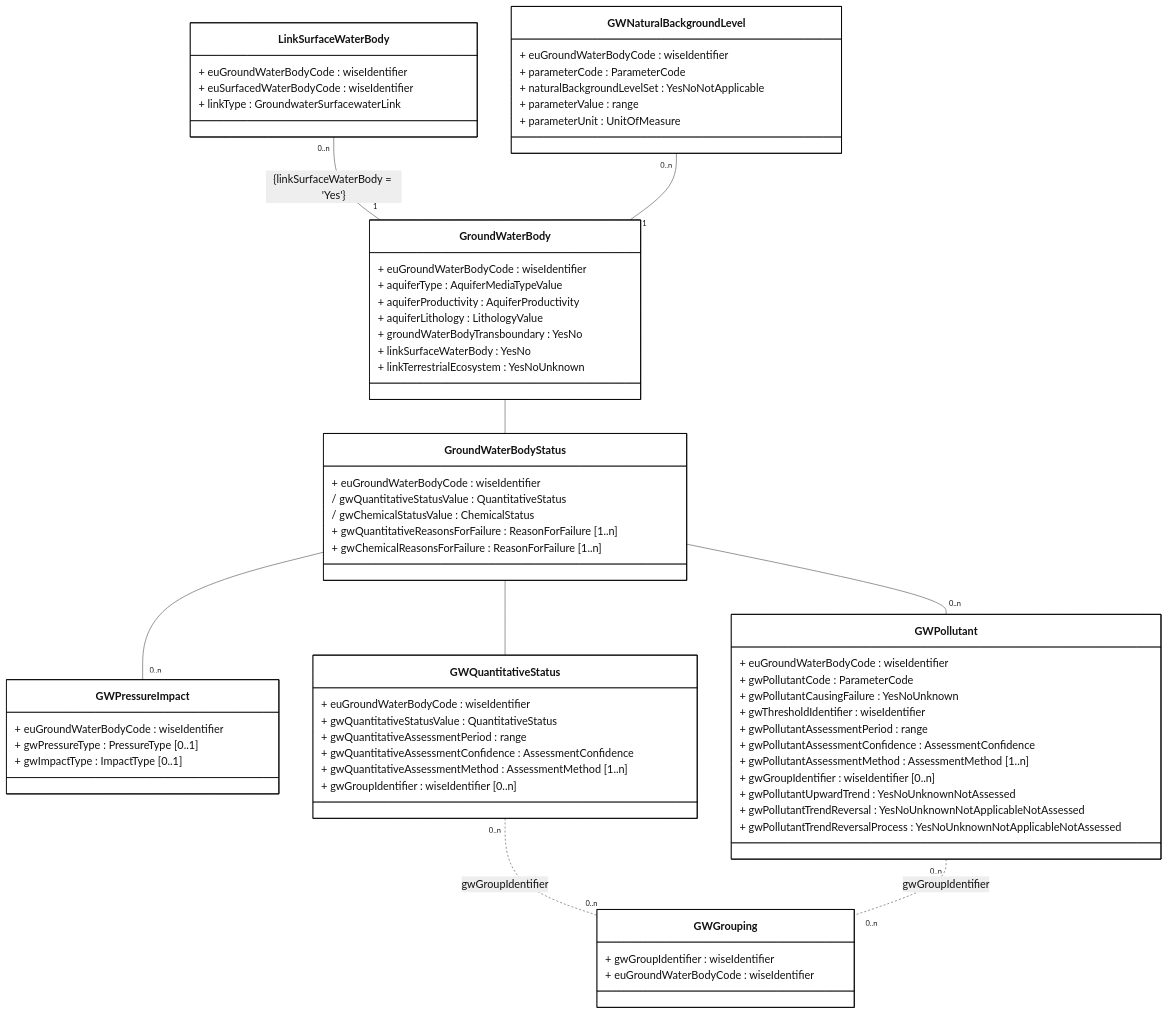
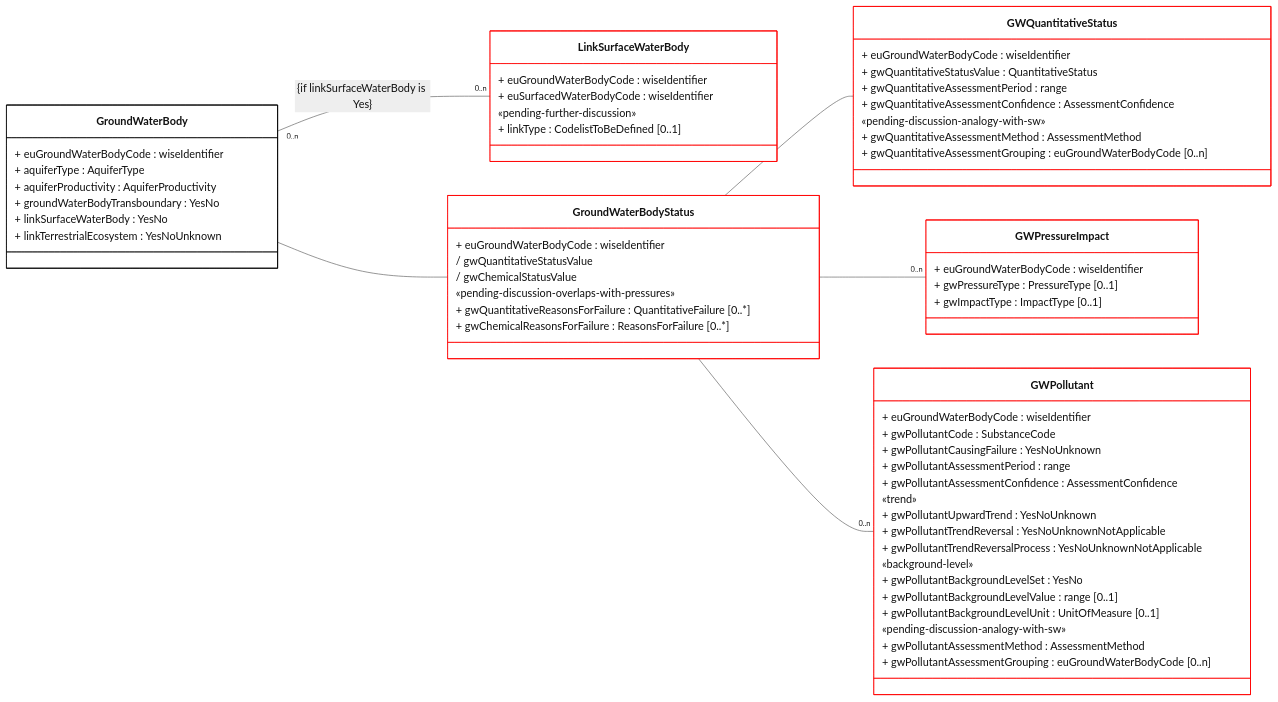
The diagram in docs/DataModelReview/mmd/Groundwater_DescriptiveData_4thCycle_ClassDiagram.mmd (eeadata/WISE.WFD.Documentation), drawn with Mermaid before and after one commit. The commit also changed 2 other files, not shown here.

```diff
--- a/docs/DataModelReview/mmd/Groundwater_DescriptiveData_4thCycle_ClassDiagram.mmd
+++ b/docs/DataModelReview/mmd/Groundwater_DescriptiveData_4thCycle_ClassDiagram.mmd
@@ -1,99 +1,87 @@
 ---
 config:
   class:
     hideEmptyMembersBox: true
   layout: dagre
   theme: neutral
-  themeVariables:
-    noteBkgColor: LightYellow
-    noteTextColor: black 
 ---
 classDiagram
-direction TB
-
-class LinkSurfaceWaterBody{
-    + euGroundWaterBodyCode : wiseIdentifier
-    + euSurfacedWaterBodyCode : wiseIdentifier
-    + linkType : GroundwaterSurfacewaterLink
-}
-
-class GWNaturalBackgroundLevel{
-    + euGroundWaterBodyCode : wiseIdentifier
-    + parameterCode : ParameterCode
-    + naturalBackgroundLevelSet : YesNoNotApplicable
-    + parameterValue : range  
-    + parameterUnit : UnitOfMeasure
-}
+direction LR
 
 class GroundWaterBody{
     + euGroundWaterBodyCode : wiseIdentifier
-    + aquiferType : AquiferMediaTypeValue
+    + aquiferType : AquiferType
     + aquiferProductivity : AquiferProductivity
-    + aquiferLithology : LithologyValue
     + groundWaterBodyTransboundary : YesNo
     + linkSurfaceWaterBody : YesNo
     + linkTerrestrialEcosystem : YesNoUnknown
 }
 
-class GWPressureImpact{
+class LinkSurfaceWaterBody:::forFixing{
+    + euGroundWaterBodyCode : wiseIdentifier
+    + euSurfacedWaterBodyCode : wiseIdentifier
+
+    «pending-further-discussion»
+    + linkType : CodelistToBeDefined [0..1]
+}
+
+class GWPressureImpact:::forFixing{
     + euGroundWaterBodyCode : wiseIdentifier
     + gwPressureType : PressureType [0..1]
     + gwImpactType : ImpactType  [0..1]
 }
 
-class GWQuantitativeStatus{
+class GWQuantitativeStatus:::forFixing{
     + euGroundWaterBodyCode : wiseIdentifier
     + gwQuantitativeStatusValue : QuantitativeStatus
     + gwQuantitativeAssessmentPeriod : range
     + gwQuantitativeAssessmentConfidence : AssessmentConfidence
-    + gwQuantitativeAssessmentMethod : AssessmentMethod [1..n]
-    + gwGroupIdentifier : wiseIdentifier [0..n]
+
+    «pending-discussion-analogy-with-sw»
+    + gwQuantitativeAssessmentMethod : AssessmentMethod 
+    + gwQuantitativeAssessmentGrouping : euGroundWaterBodyCode [0..n]
 }
 
-class GroundWaterBodyStatus{
+class GroundWaterBodyStatus:::forFixing{
     
     + euGroundWaterBodyCode : wiseIdentifier
-    / gwQuantitativeStatusValue : QuantitativeStatus
-    / gwChemicalStatusValue : ChemicalStatus
-
-    + gwQuantitativeReasonsForFailure : ReasonForFailure [1..n]
-    + gwChemicalReasonsForFailure : ReasonForFailure [1..n]
+    / gwQuantitativeStatusValue 
+    / gwChemicalStatusValue 
+    
+    «pending-discussion-overlaps-with-pressures»
+    + gwQuantitativeReasonsForFailure : QuantitativeFailure [0..*]
+    + gwChemicalReasonsForFailure : ReasonsForFailure [0..*]
 } 
 
-class GWPollutant{
+class GWPollutant:::forFixing{
     + euGroundWaterBodyCode : wiseIdentifier
-    + gwPollutantCode : ParameterCode
+    + gwPollutantCode : SubstanceCode
     + gwPollutantCausingFailure : YesNoUnknown
-    + gwThresholdIdentifier : wiseIdentifier
-
     + gwPollutantAssessmentPeriod : range
     + gwPollutantAssessmentConfidence : AssessmentConfidence 
-    + gwPollutantAssessmentMethod : AssessmentMethod [1..n]
-    
-    + gwGroupIdentifier : wiseIdentifier [0..n]
 
-    + gwPollutantUpwardTrend : YesNoUnknownNotAssessed
-    + gwPollutantTrendReversal : YesNoUnknownNotApplicableNotAssessed
-    + gwPollutantTrendReversalProcess : YesNoUnknownNotApplicableNotAssessed
+    «trend»
+    + gwPollutantUpwardTrend : YesNoUnknown
+    + gwPollutantTrendReversal : YesNoUnknownNotApplicable
+    + gwPollutantTrendReversalProcess : YesNoUnknownNotApplicable
+
+    «background-level»
+    + gwPollutantBackgroundLevelSet : YesNo
+    + gwPollutantBackgroundLevelValue : range [0..1] 
+    + gwPollutantBackgroundLevelUnit : UnitOfMeasure [0..1] 
+
+    «pending-discussion-analogy-with-sw»
+    + gwPollutantAssessmentMethod : AssessmentMethod 
+    + gwPollutantAssessmentGrouping : euGroundWaterBodyCode [0..n]
+
 }
 
-class GWGrouping{
-    + gwGroupIdentifier : wiseIdentifier
-    + euGroundWaterBodyCode : wiseIdentifier
-}
+GroundWaterBody "0..n" -- "0..n" LinkSurfaceWaterBody : {if linkSurfaceWaterBody is Yes}
 
 GroundWaterBody -- GroundWaterBodyStatus    
 GroundWaterBodyStatus --  GWQuantitativeStatus
+GroundWaterBodyStatus -- "0..n" GWPressureImpact 
 GroundWaterBodyStatus -- "0..n" GWPollutant
-GroundWaterBodyStatus -- "0..n" GWPressureImpact
-
-GWQuantitativeStatus "0..n" .. "0..n" GWGrouping : gwGroupIdentifier
-GWPollutant "0..n" .. "0..n" GWGrouping : gwGroupIdentifier
-
-LinkSurfaceWaterBody "0..n" -- "1" GroundWaterBody : {linkSurfaceWaterBody = 'Yes'}
-GWNaturalBackgroundLevel "0..n" -- "1" GroundWaterBody
-
-%% note for GWPollutant "GroundwaterMethodologies::ThresholdValue.gwThresholdIdentifier"
 
 classDef default fill:white,stroke:#000;
 classDef forFixing fill:white,stroke:#f00;
```
